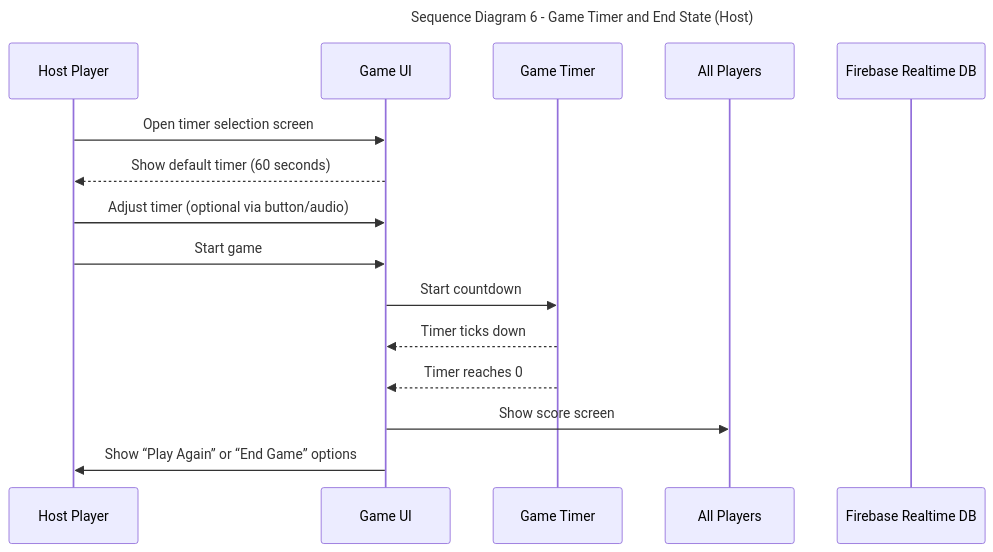
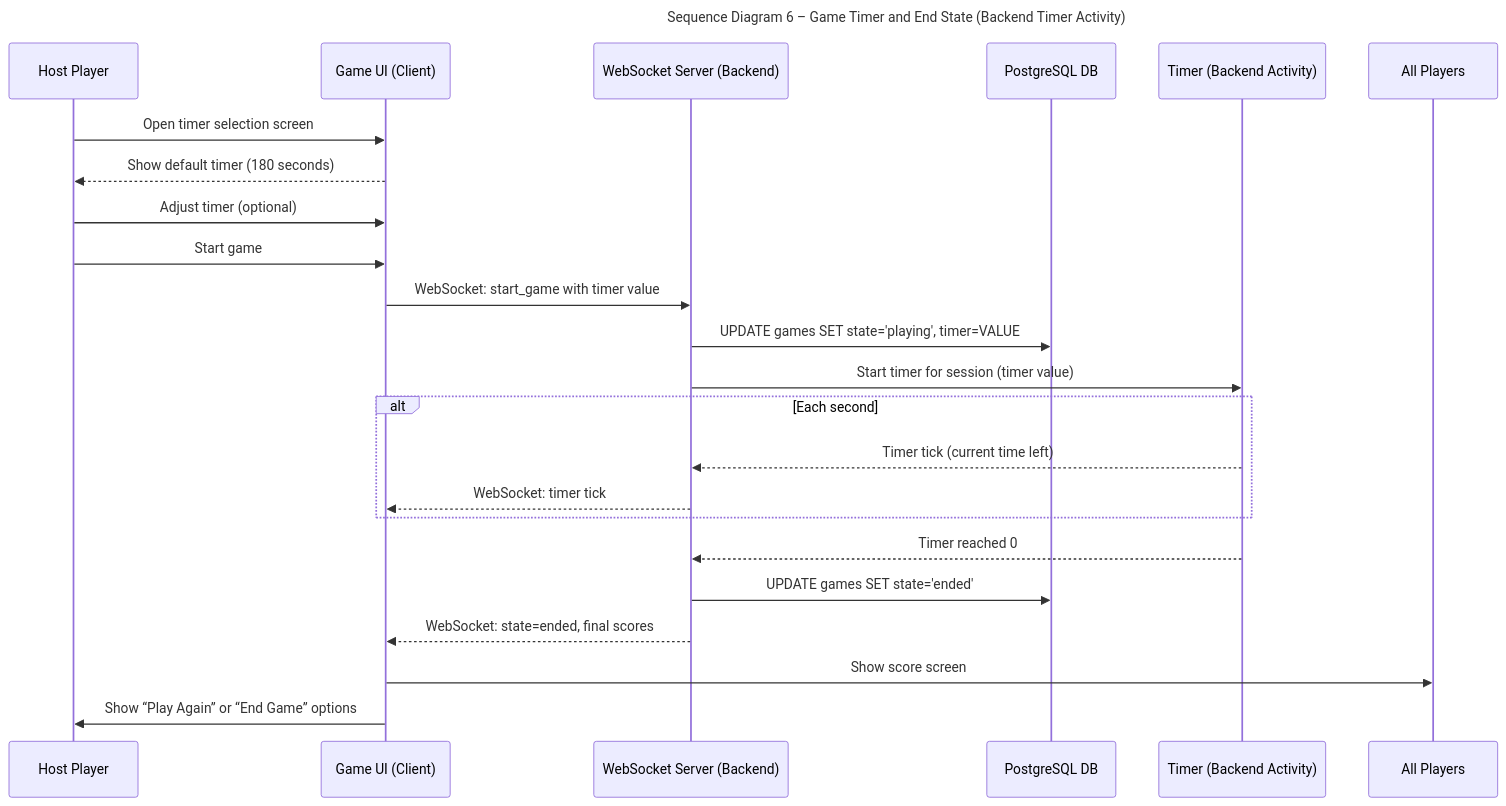
Before and after one commit to tug74295/project-acc-hungry-hippos: the sixth of 7 diagrams in documentation/docs/system-architecture/sequence-diagrams.md, drawn with Mermaid. The commit also changed other lines of this file, not shown here.

First line of the commit message:
Update sequence-diagrams.md

````diff
--- a/documentation/docs/system-architecture/sequence-diagrams.md
+++ b/documentation/docs/system-architecture/sequence-diagrams.md
@@ -220,23 +213,33 @@
 ```mermaid
 ---
-title: Sequence Diagram 6 - Game Timer and End State (Host)
+title: Sequence Diagram 6 – Game Timer and End State (Backend Timer Activity)
 ---
 sequenceDiagram
 participant Host as Host Player
-participant Game_UI as Game UI
-participant Timer as Game Timer
+participant Game_UI as Game UI (Client)
+participant WS_Server as WebSocket Server (Backend)
+participant DB as PostgreSQL DB
+participant Timer as Timer (Backend Activity)
 participant All_Players as All Players
-participant Firebase as Firebase Realtime DB
 
 Host->>Game_UI: Open timer selection screen
-Game_UI-->>Host: Show default timer (60 seconds)
-Host->>Game_UI: Adjust timer (optional via button/audio)
+Game_UI-->>Host: Show default timer (180 seconds)
+Host->>Game_UI: Adjust timer (optional)
 Host->>Game_UI: Start game
-Game_UI->>Timer: Start countdown
+Game_UI->>WS_Server: WebSocket: start_game with timer value
 
-Timer-->>Game_UI: Timer ticks down
-Timer-->>Game_UI: Timer reaches 0
+WS_Server->>DB: UPDATE games SET state='playing', timer=VALUE
+WS_Server->>Timer: Start timer for session (timer value)
+
+alt Each second
+    Timer-->>WS_Server: Timer tick (current time left)
+    WS_Server-->>Game_UI: WebSocket: timer tick
+end
+
+Timer-->>WS_Server: Timer reached 0
+WS_Server->>DB: UPDATE games SET state='ended'
+WS_Server-->>Game_UI: WebSocket: state=ended, final scores
 Game_UI->>All_Players: Show score screen
 Game_UI->>Host: Show “Play Again” or “End Game” options
 
 ```
````
